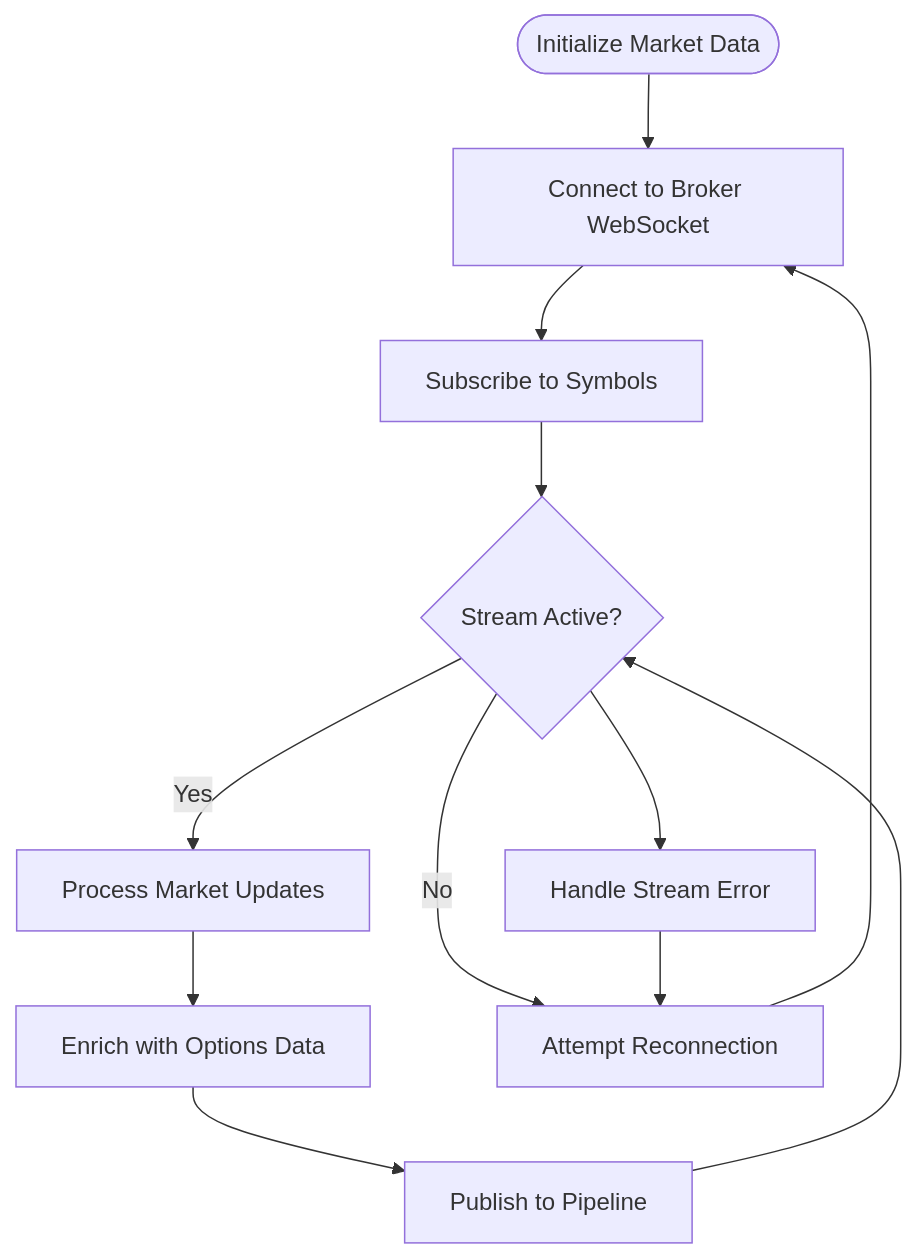
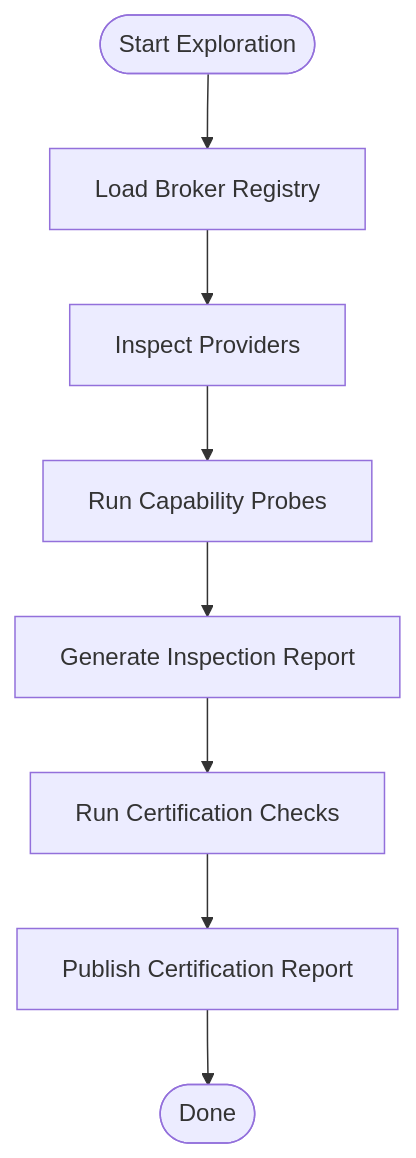
One commit to Ganesh-Kusundal/Trade_J changed the sixth of 7 diagrams in .qoder/repowiki/en/content/Broker Integration System/Broker Integration System.md. Above: the diagram before and after it, drawn with Mermaid. The commit also changed other lines of this file and 1178 other files, not shown here.

````diff
--- a/.qoder/repowiki/en/content/Broker Integration System/Broker Integration System.md
+++ b/.qoder/repowiki/en/content/Broker Integration System/Broker Integration System.md
@@ -284,14 +342,10 @@
 ```mermaid
 flowchart TD
-Start([Initialize Market Data]) --> Connect["Connect to Broker WebSocket"]
-Connect --> Subscribe["Subscribe to Symbols"]
-Subscribe --> Stream{"Stream Active?"}
-Stream --> |Yes| Process["Process Market Updates"]
-Process --> Enrich["Enrich with Options Data"]
-Enrich --> Publish["Publish to Pipeline"]
-Publish --> Stream
-Stream --> |No| Reconnect["Attempt Reconnection"]
-Reconnect --> Connect
-Stream --> Error["Handle Stream Error"]
-Error --> Reconnect
+Start(["Start Exploration"]) --> LoadReg["Load Broker Registry"]
+LoadReg --> Inspect["Inspect Providers"]
+Inspect --> Probe["Run Capability Probes"]
+Probe --> Report["Generate Inspection Report"]
+Report --> Certify["Run Certification Checks"]
+Certify --> Summary["Publish Certification Report"]
+Summary --> End(["Done"])
 ```
````
